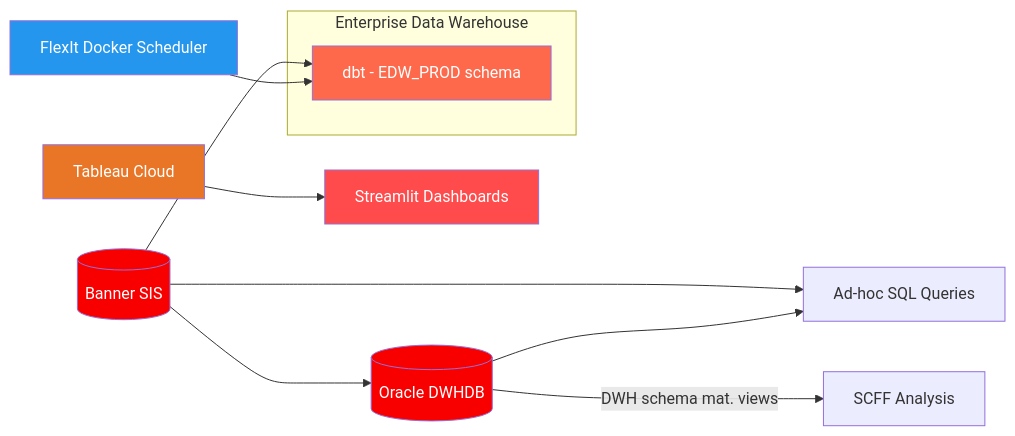
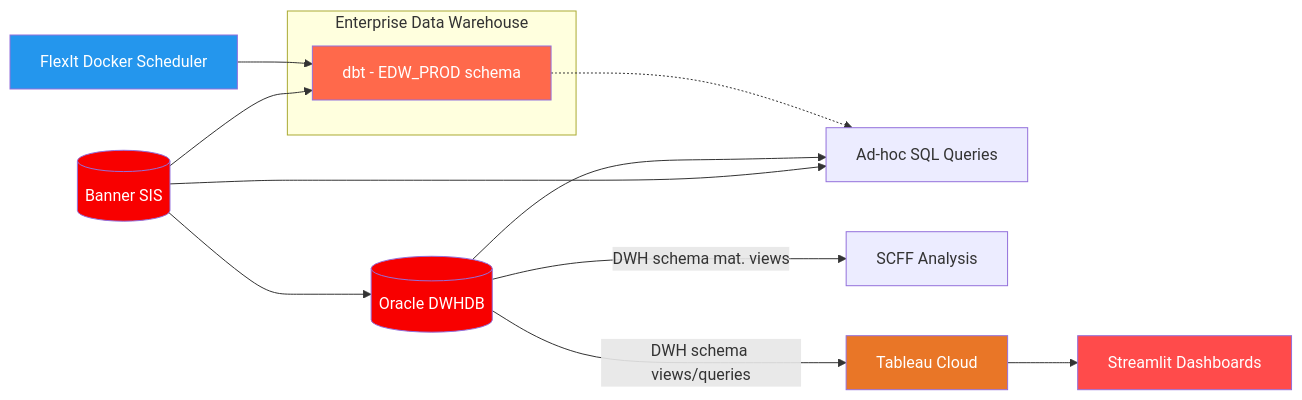
Before and after one commit to nocccd-data/.github: the diagram in profile/README.md, drawn with Mermaid.

Commit message:
Update architecture diagram: add dbt to SQL arrow, DWHDB to Tableau Cloud flow

````diff
--- a/profile/README.md
+++ b/profile/README.md
@@ -17,24 +17,26 @@
 ```mermaid
 flowchart LR
     Banner[(Banner SIS)] --> DWHDB[(Oracle DWHDB)]
     Banner --> SQL["Ad-hoc SQL Queries"]
     DWHDB --> SQL
 
     subgraph EDW["Enterprise Data Warehouse"]
         dbt["dbt - EDW_PROD schema"]
     end
 
     Banner --> dbt
+    dbt -.-> SQL
     FlexIt["FlexIt Docker Scheduler"] --> dbt
 
     DWHDB -- "DWH schema mat. views" --> SCFF["SCFF Analysis"]
 
-    Tableau["Tableau Cloud"] --> Streamlit["Streamlit Dashboards"]
+    DWHDB -- "DWH schema views/queries" --> Tableau["Tableau Cloud"]
+    Tableau --> Streamlit["Streamlit Dashboards"]
 
     style Banner fill:#F80000,color:#fff
     style DWHDB fill:#F80000,color:#fff
     style dbt fill:#FF694B,color:#fff
     style Tableau fill:#E97627,color:#fff
     style Streamlit fill:#FF4B4B,color:#fff
     style FlexIt fill:#2496ED,color:#fff
 ```
````
